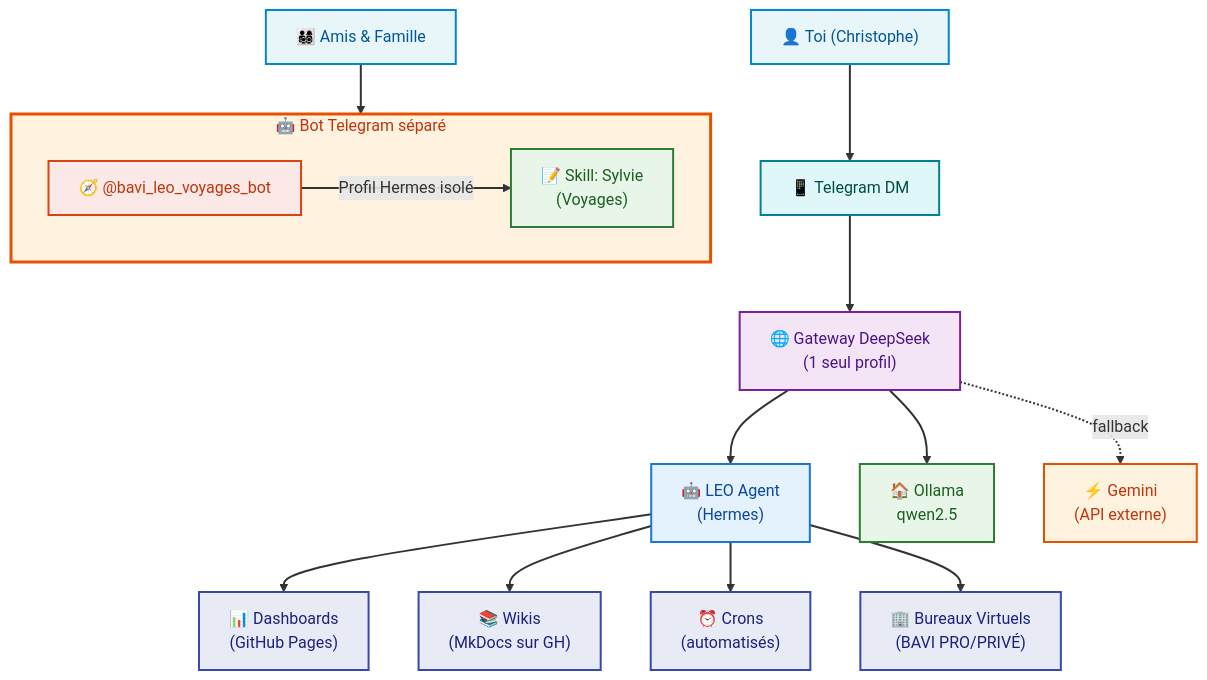
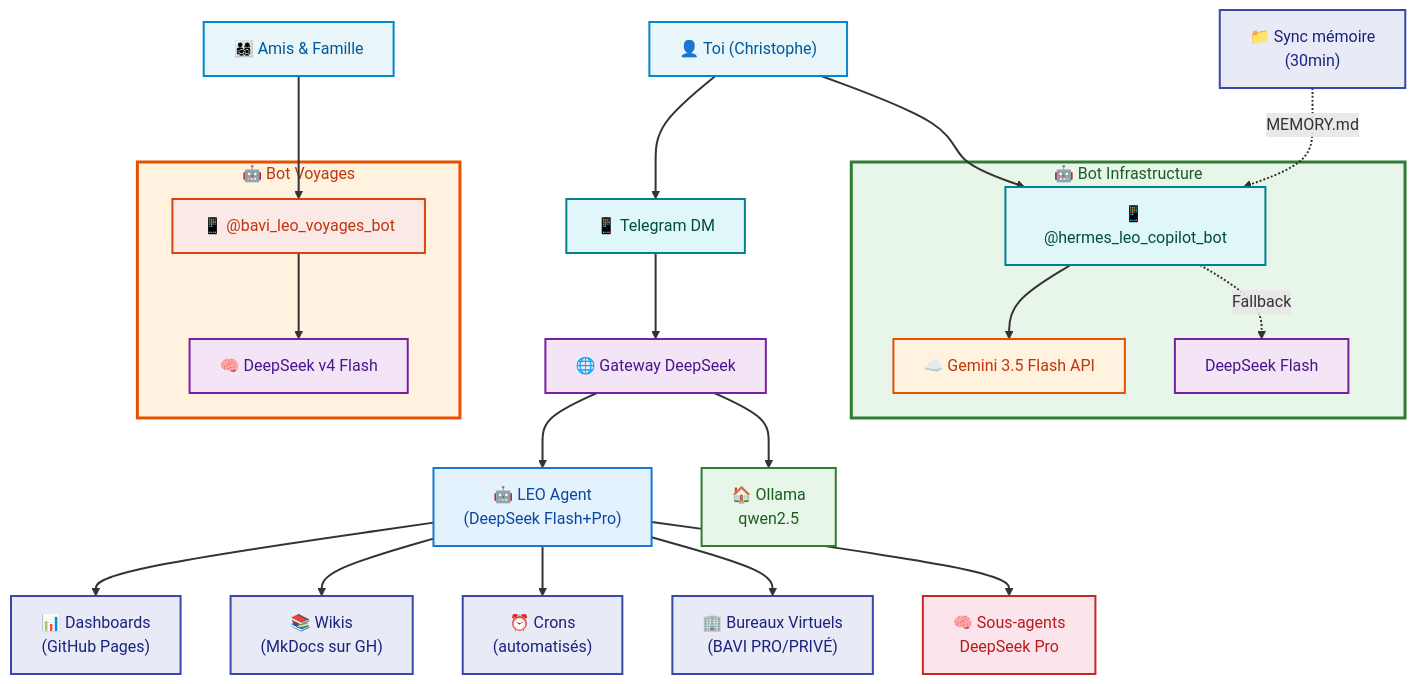
The fourth of 4 diagrams in docs/hermes/architecture-communication.md (christophedanhier-hash/hermes-wiki), drawn with Mermaid before and after one commit. The commit also changed other lines of this file, not shown here.

Commit message:
📝 Màj architecture communication : 3 bots, Gemini, routage infra

````diff
--- a/docs/hermes/architecture-communication.md
+++ b/docs/hermes/architecture-communication.md
@@ -79,37 +125,49 @@
-``` mermaid
+```mermaid
 flowchart TD
     Toi["👤 Toi (Christophe)"] --> DM["📱 Telegram DM"]
-    DM --> Gateway2["🌐 Gateway DeepSeek<br/>(1 seul profil)"]
+    DM --> Gateway2["🌐 Gateway DeepSeek"]
     
-    Gateway2 --> LEO["🤖 LEO Agent<br/>(Hermes)"]
+    Gateway2 --> LEO["🤖 LEO Agent<br/>(DeepSeek Flash+Pro)"]
     Gateway2 --> Ollama2["🏠 Ollama<br/>qwen2.5"]
-    Gateway2 -.->|fallback| Gemini2["⚡ Gemini<br/>(API externe)"]
     
     LEO --> Dash["📊 Dashboards<br/>(GitHub Pages)"]
     LEO --> Wiki["📚 Wikis<br/>(MkDocs sur GH)"]
     LEO --> Crons["⏰ Crons<br/>(automatisés)"]
     LEO --> BAVI["🏢 Bureaux Virtuels<br/>(BAVI PRO/PRIVÉ)"]
+    LEO --> Sub["🧠 Sous-agents<br/>DeepSeek Pro"]
     
-    subgraph BOT2["🤖 Bot Telegram séparé"]
-        direction LR
-        Bot["🧭 @bavi_leo_voyages_bot"] -->|Profil Hermes isolé| Skill3["📝 Skill: Sylvie<br/>(Voyages)"]
+    subgraph BOT_INFRA["🤖 Bot Infrastructure"]
+        COP["📱 @hermes_leo_copilot_bot"] --> GEMAPI["☁️ Gemini 3.5 Flash API"]
+        COP -.->|Fallback| DSFALL["DeepSeek Flash"]
     end
     
-    Amis["👨‍👩‍👧‍👦 Amis & Famille"] --> Bot
+    subgraph BOT_VOY["🤖 Bot Voyages"]
+        BOTV["📱 @bavi_leo_voyages_bot"] --> DS["🧠 DeepSeek v4 Flash"]
+    end
+    
+    Toi --> COP
+    Amis["👨‍👩‍👧‍👦 Amis & Famille"] --> BOTV
+    
+    MEM["📁 Sync mémoire<br/>(30min)"] -.->|MEMORY.md| COP
     
     style Toi fill:#e8f5f9,stroke:#0288d1,stroke-width:2px,color:#01579b
     style DM fill:#e0f7fa,stroke:#00838f,stroke-width:2px,color:#004d40
     style Gateway2 fill:#f3e5f5,stroke:#7b1fa2,stroke-width:2px,color:#4a148c
     style LEO fill:#e3f2fd,stroke:#1976d2,stroke-width:2px,color:#0d47a1
     style Ollama2 fill:#e8f5e9,stroke:#2e7d32,stroke-width:2px,color:#1b5e20
-    style Gemini2 fill:#fff3e0,stroke:#e65100,stroke-width:2px,color:#bf360c
+    style Sub fill:#fce4ec,stroke:#c62828,stroke-width:2px,color:#b71c1c
     style Dash fill:#e8eaf6,stroke:#3949ab,stroke-width:2px,color:#1a237e
     style Wiki fill:#e8eaf6,stroke:#3949ab,stroke-width:2px,color:#1a237e
     style Crons fill:#e8eaf6,stroke:#3949ab,stroke-width:2px,color:#1a237e
     style BAVI fill:#e8eaf6,stroke:#3949ab,stroke-width:2px,color:#1a237e
-    style BOT2 fill:#fff3e0,stroke:#e65100,stroke-width:3px,color:#bf360c
-    style Bot fill:#fbe9e7,stroke:#d84315,stroke-width:2px,color:#bf360c
-    style Skill3 fill:#e8f5e9,stroke:#2e7d32,stroke-width:2px,color:#1b5e20
+    style BOT_INFRA fill:#e8f5e9,stroke:#2e7d32,stroke-width:3px,color:#1b5e20
+    style COP fill:#e0f7fa,stroke:#00838f,stroke-width:2px,color:#004d40
+    style GEMAPI fill:#fff3e0,stroke:#e65100,stroke-width:2px,color:#bf360c
+    style DSFALL fill:#f3e5f5,stroke:#7b1fa2,stroke-width:2px,color:#4a148c
+    style BOT_VOY fill:#fff3e0,stroke:#e65100,stroke-width:3px,color:#bf360c
+    style BOTV fill:#fbe9e7,stroke:#d84315,stroke-width:2px,color:#bf360c
+    style DS fill:#f3e5f5,stroke:#7b1fa2,stroke-width:2px,color:#4a148c
+    style MEM fill:#e8eaf6,stroke:#3949ab,stroke-width:2px,color:#1a237e
     style Amis fill:#e8f5f9,stroke:#0288d1,stroke-width:2px,color:#01579b
     linkStyle default stroke-width:2px,fill:none
 ```
````
